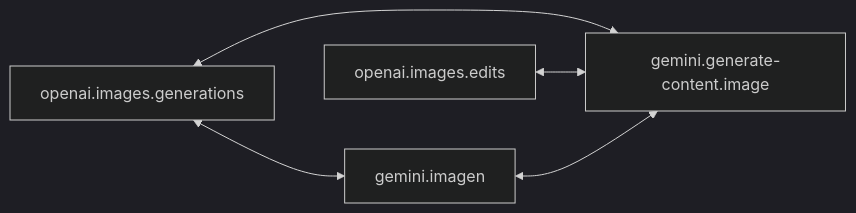
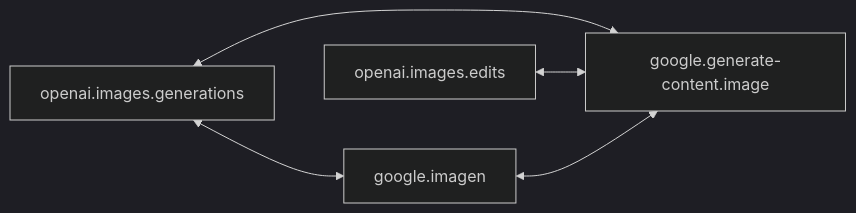
One commit to dillonzq/apix changed the diagram in docs/protocols/image.md. Above: the diagram before and after it, drawn with Mermaid (dark theme). The commit also changed other lines of this file and 97 other files, not shown here.

First line of the commit message:
refactor!: rename the gemini vendor namespace to google (#9)

````diff
--- a/docs/protocols/image.md
+++ b/docs/protocols/image.md
@@ -18,7 +18,7 @@
 ```mermaid
 flowchart LR
-    G[openai.images.generations] <--> C[gemini.generate-content.image]
+    G[openai.images.generations] <--> C[google.generate-content.image]
     E[openai.images.edits] <--> C
-    G <--> I[gemini.imagen]
+    G <--> I[google.imagen]
     I <--> C
 ```
````
